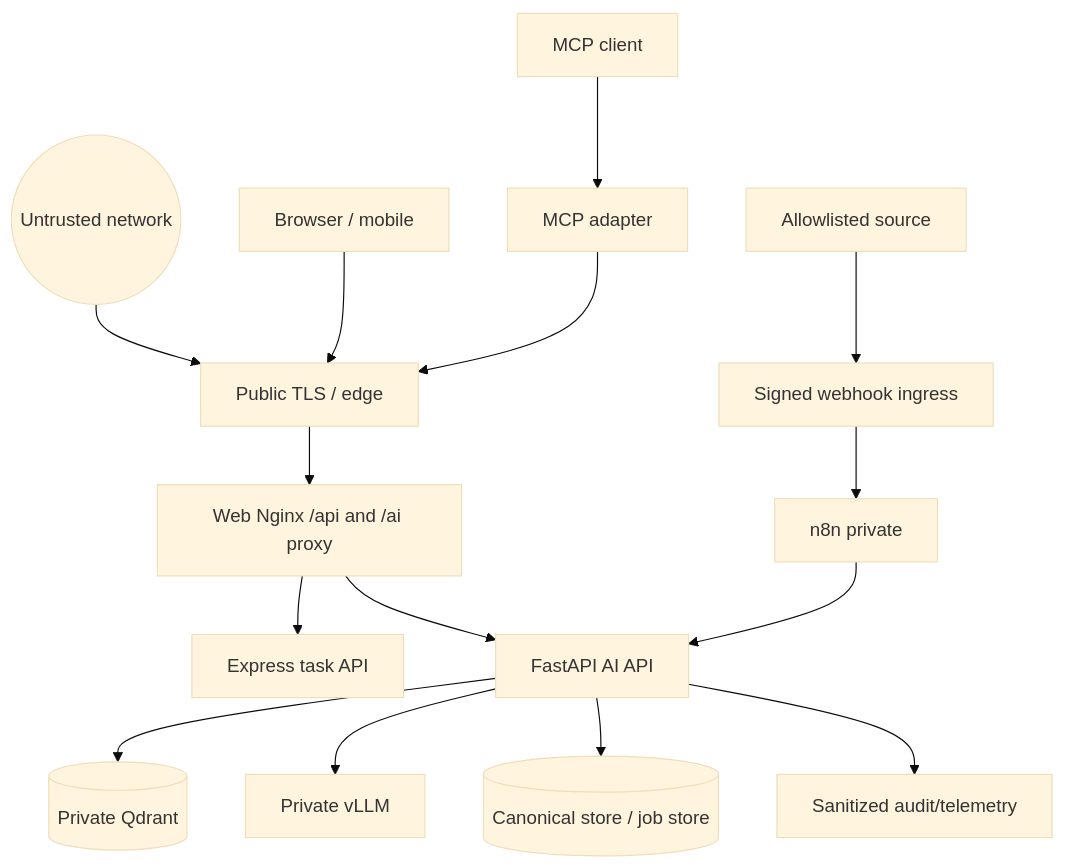
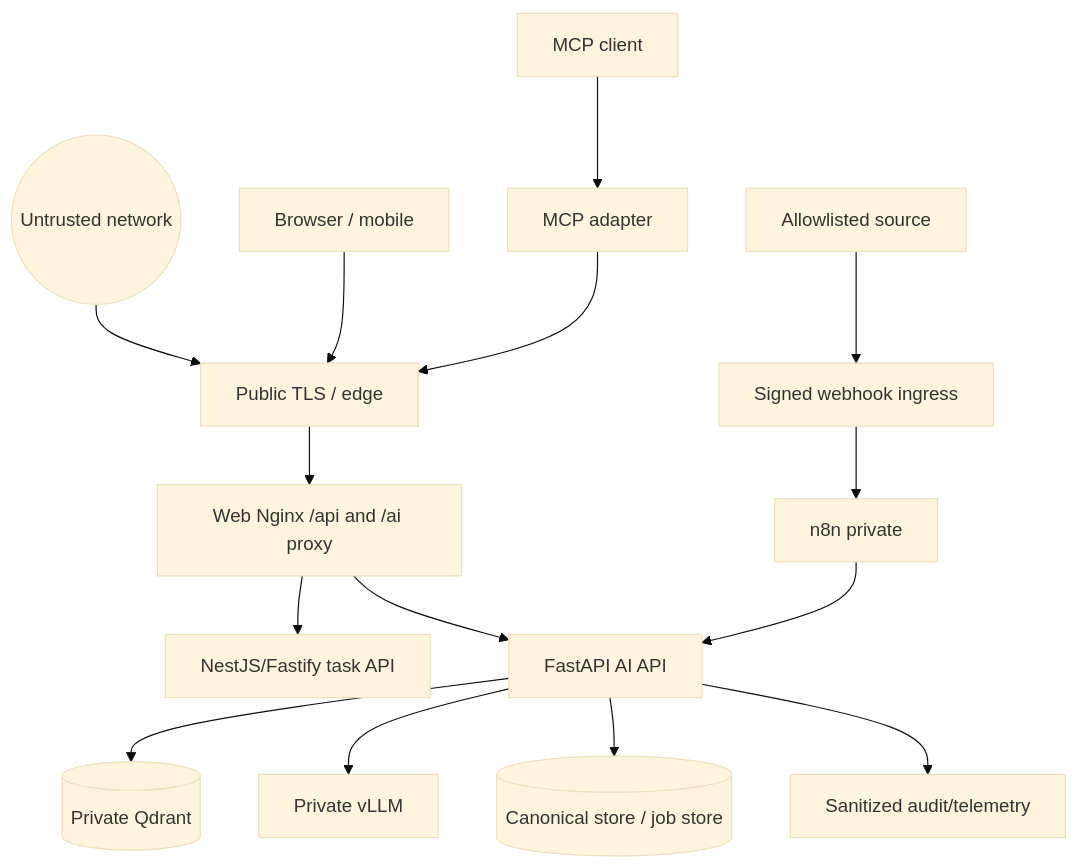
One commit to przemekp95/eisenhower changed the diagram in docs/ai-rebuild/security-review.md. Above: the diagram before and after it, drawn with Mermaid (base theme). The commit also changed other lines of this file and 5 other files, not shown here.

Commit message:
docs: record Nest FastAPI boundaries

````diff
--- a/docs/ai-rebuild/security-review.md
+++ b/docs/ai-rebuild/security-review.md
@@ -7,17 +7,17 @@
 ```mermaid
 flowchart TB
   INTERNET((Untrusted network)) --> EDGE[Public TLS / edge]
   BROWSER[Browser / mobile] --> EDGE
   EDGE --> WEB[Web Nginx /api and /ai proxy]
-  WEB --> NODE[Express task API]
+  WEB --> NODE[NestJS/Fastify task API]
   WEB --> API[FastAPI AI API]
   MCPCLIENT[MCP client] --> MCP[MCP adapter]
   MCP --> EDGE
   API --> Q[(Private Qdrant)]
   API --> V[Private vLLM]
   SOURCE[Allowlisted source] --> WH[Signed webhook ingress]
   WH --> N[n8n private]
   N --> API
   API --> STORE[(Canonical store / job store)]
   API --> OBS[Sanitized audit/telemetry]
 ```
````
